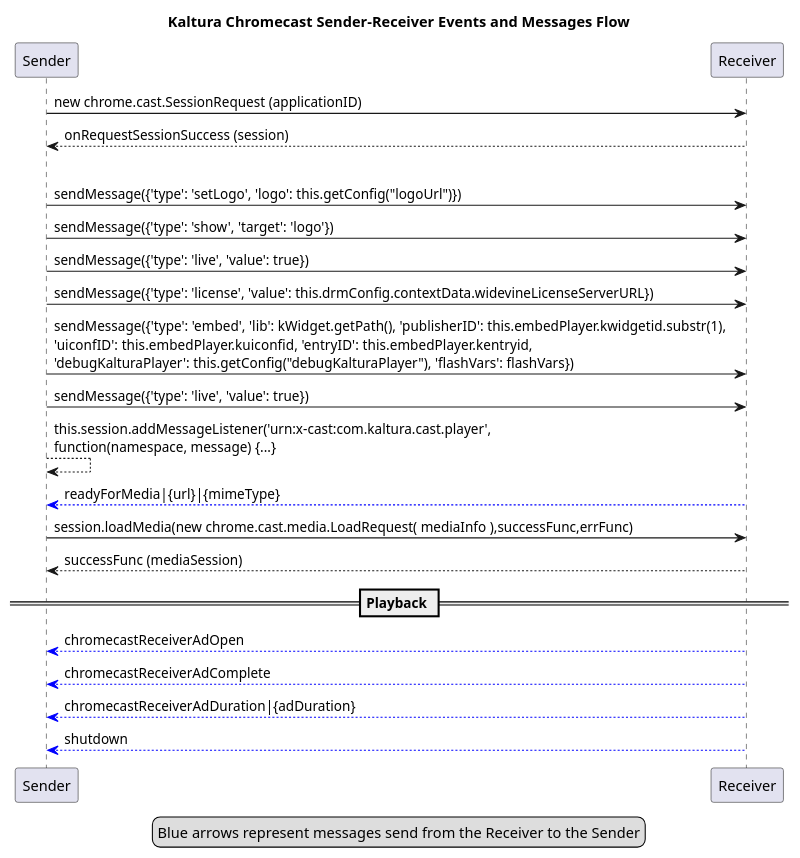
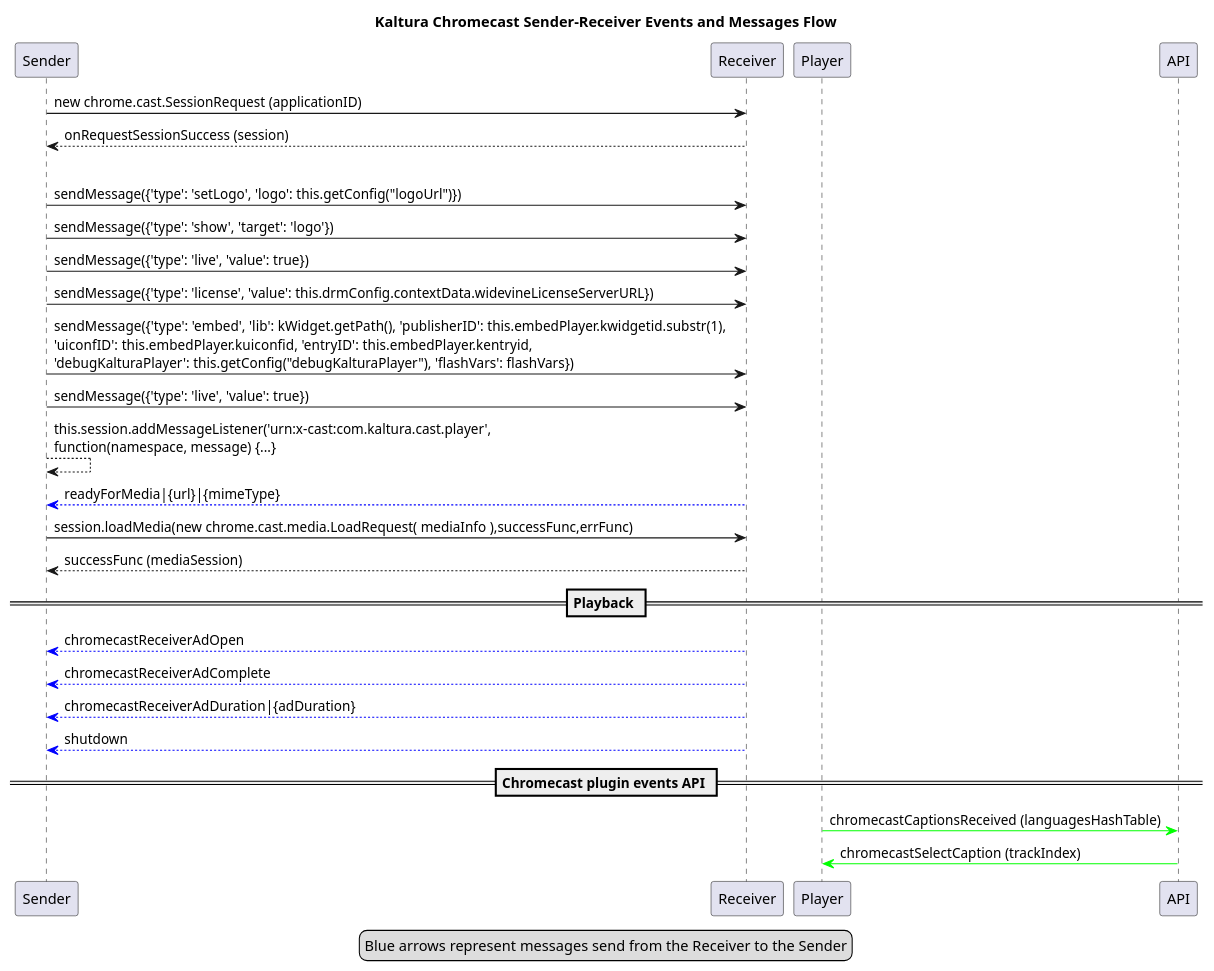
Before and after one commit to HonarVideoPlatform/mwEmbed: the diagram in modules/Chromecast/Chromecast-flow.puml, drawn with PlantUML. The commit also changed 33 other files, not shown here.

```diff
--- a/modules/Chromecast/Chromecast-flow.puml
+++ b/modules/Chromecast/Chromecast-flow.puml
@@ -1,25 +1,28 @@
 @startuml
 title Kaltura Chromecast Sender-Receiver Events and Messages Flow
 Sender -> Receiver: new chrome.cast.SessionRequest (applicationID)
 Receiver --> Sender: onRequestSessionSuccess (session)
 |||
 Sender -> Receiver: sendMessage({'type': 'setLogo', 'logo': this.getConfig("logoUrl")})
 Sender -> Receiver: sendMessage({'type': 'show', 'target': 'logo'})
 Sender -> Receiver: sendMessage({'type': 'live', 'value': true})
 Sender -> Receiver: sendMessage({'type': 'license', 'value': this.drmConfig.contextData.widevineLicenseServerURL})
 Sender -> Receiver: sendMessage({'type': 'embed', 'lib': kWidget.getPath(), 'publisherID': this.embedPlayer.kwidgetid.substr(1), \n'uiconfID': this.embedPlayer.kuiconfid, 'entryID': this.embedPlayer.kentryid, \n'debugKalturaPlayer': this.getConfig("debugKalturaPlayer"), 'flashVars': flashVars})
 Sender -> Receiver: sendMessage({'type': 'live', 'value': true})
 Sender --> Sender: this.session.addMessageListener('urn:x-cast:com.kaltura.cast.player', \nfunction(namespace, message) {...}
 Receiver -[#0000FF]-> Sender: readyForMedia|{url}|{mimeType}
 Sender -> Receiver: session.loadMedia(new chrome.cast.media.LoadRequest( mediaInfo ),successFunc,errFunc)
 Receiver --> Sender: successFunc (mediaSession)
 == Playback ==
 Receiver -[#0000FF]-> Sender: chromecastReceiverAdOpen
 Receiver -[#0000FF]-> Sender: chromecastReceiverAdComplete
 Receiver -[#0000FF]-> Sender: chromecastReceiverAdDuration|{adDuration}
 Receiver -[#0000FF]-> Sender: shutdown
+== Chromecast plugin events API ==
+Player -[#00FF00]> API: chromecastCaptionsReceived (languagesHashTable)
+API -[#00FF00]> Player: chromecastSelectCaption (trackIndex)
 legend center
   Blue arrows represent messages send from the Receiver to the Sender
 endlegend
 
 @enduml
```
